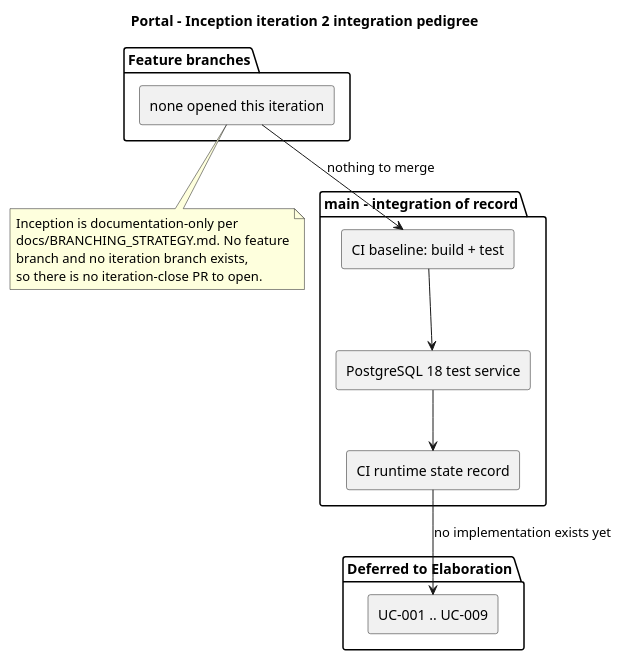
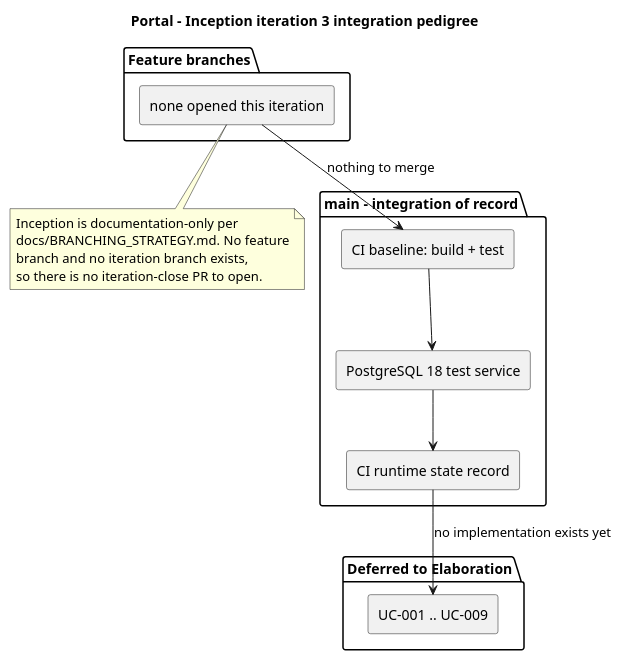
One commit to banense-test/portal changed the diagram in .github/workflows/README.md. Above: the diagram before and after it, drawn with PlantUML. The commit also changed other lines of this file, not shown here.

````diff
--- a/.github/workflows/README.md
+++ b/.github/workflows/README.md
@@ -37,32 +47,32 @@
 ```plantuml
-@startuml Portal_Inception2_Pedigree
-title Portal - Inception iteration 2 integration pedigree
+@startuml Portal_Inception3_Pedigree
+title Portal - Inception iteration 3 integration pedigree
 skinparam componentStyle rectangle
 
 package "main - integration of record" {
   [CI baseline: build + test] as BASE
   [PostgreSQL 18 test service] as PG
   [CI runtime state record] as STATE
 }
 
 package "Feature branches" {
   [none opened this iteration] as NONE
 }
 
 package "Deferred to Elaboration" {
   [UC-001 .. UC-009] as UCs
 }
 
 NONE --> BASE : nothing to merge
 BASE --> PG
 PG --> STATE
 STATE --> UCs : no implementation exists yet
 
 note bottom of NONE
   Inception is documentation-only per
   docs/BRANCHING_STRATEGY.md. No feature
   branch and no iteration branch exists,
   so there is no iteration-close PR to open.
 end note
 @enduml
 ```
````
